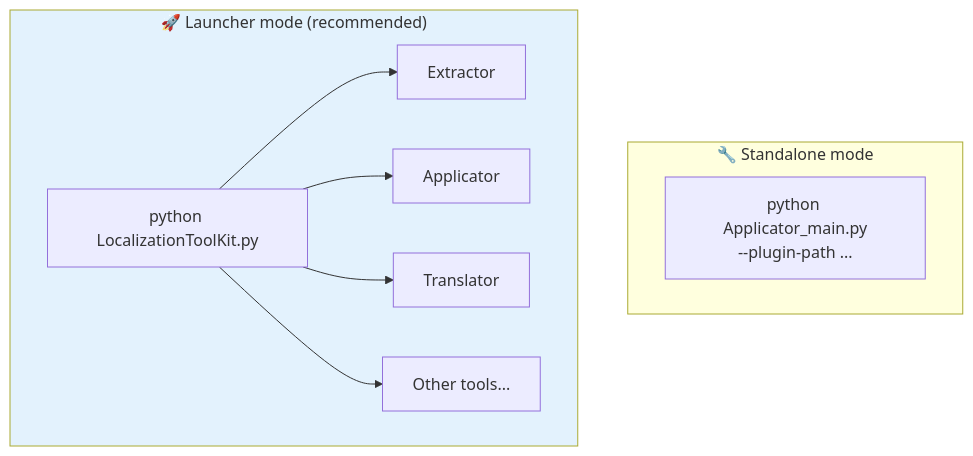
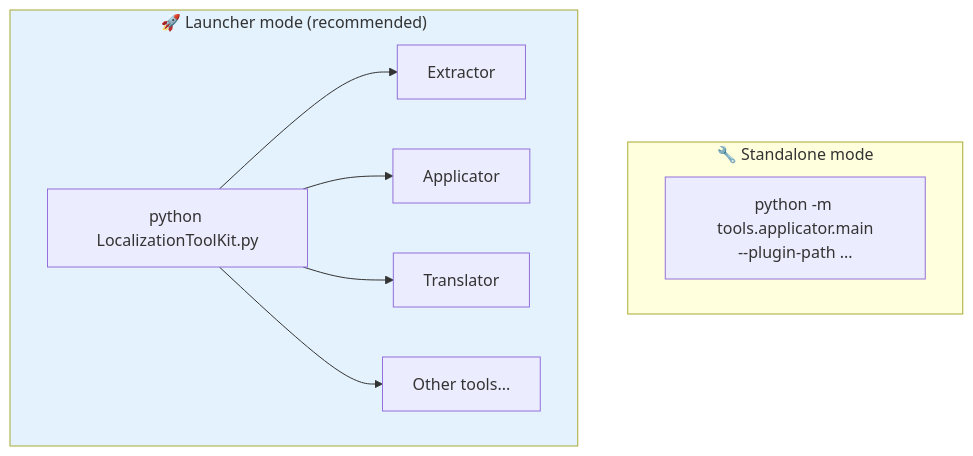
The second of 7 diagrams in tools/applicator/__doc__/en/README.md (Gotcha26/Adobe_Lightroom_Translation_Plugins_Kit), drawn with Mermaid before and after one commit. The commit also changed other lines of this file and 28 other files, not shown here.

````diff
--- a/tools/applicator/__doc__/en/README.md
+++ b/tools/applicator/__doc__/en/README.md
@@ -88,15 +88,15 @@
 ```mermaid
 flowchart TB
     subgraph Standalone["🔧 Standalone mode"]
-        S["python Applicator_main.py<br/>--plugin-path ..."]
+        S["python -m tools.applicator.main<br/>--plugin-path ..."]
     end
 
     subgraph Launcher["🚀 Launcher mode (recommended)"]
         L["python LocalizationToolKit.py"] --> E["Extractor"]
         L --> A["Applicator"]
         L --> T["Translator"]
         L --> O["Other tools..."]
     end
 
     style Launcher fill:#E3F2FD
 ```
````
